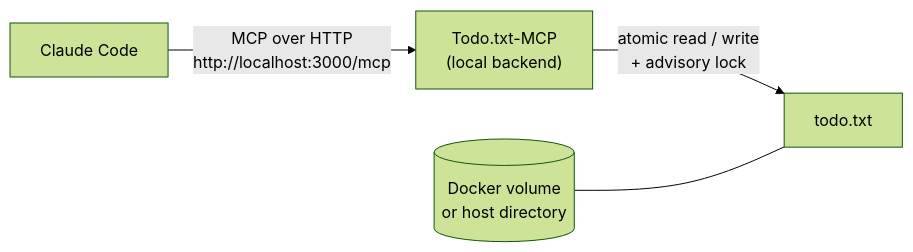
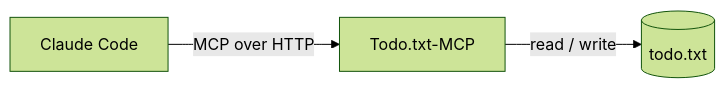
The second of 2 diagrams in README.md (ArnoNuyts/Todo.txt-MCP), drawn with Mermaid (forest theme) before and after one commit. The commit also changed other lines of this file, not shown here.

Commit message:
docs: simplify architecture diagrams

````diff
--- a/README.md
+++ b/README.md
@@ -50,11 +36,5 @@
 ```mermaid
 flowchart LR
-    CC["Claude Code"]
-    MCP["Todo.txt-MCP<br/>(local backend)"]
-    VOL[("Docker volume<br/>or host directory")]
-    FILE["todo.txt"]
-
-    CC -- "MCP over HTTP<br/>http://localhost:3000/mcp" --> MCP
-    MCP -- "atomic read / write<br/>+ advisory lock" --> FILE
-    VOL --- FILE
+    CC["Claude Code"] -->|"MCP over HTTP"| MCP["Todo.txt-MCP"]
+    MCP -->|"read / write"| FILE[("todo.txt")]
 ```
````
